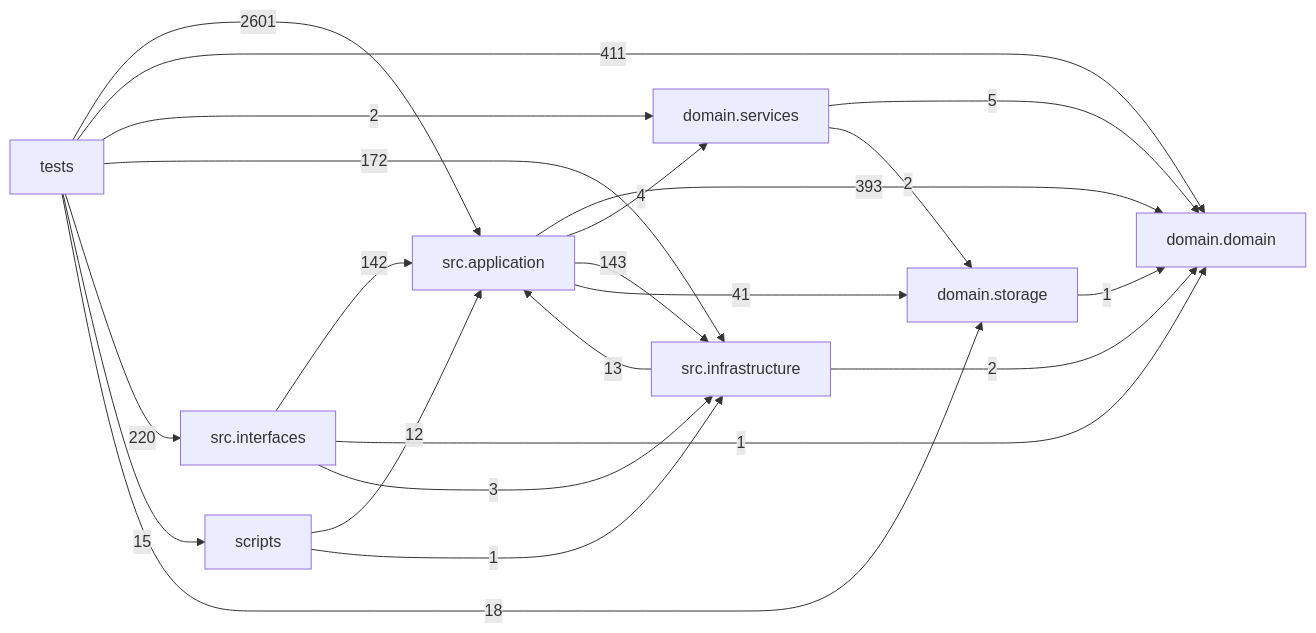
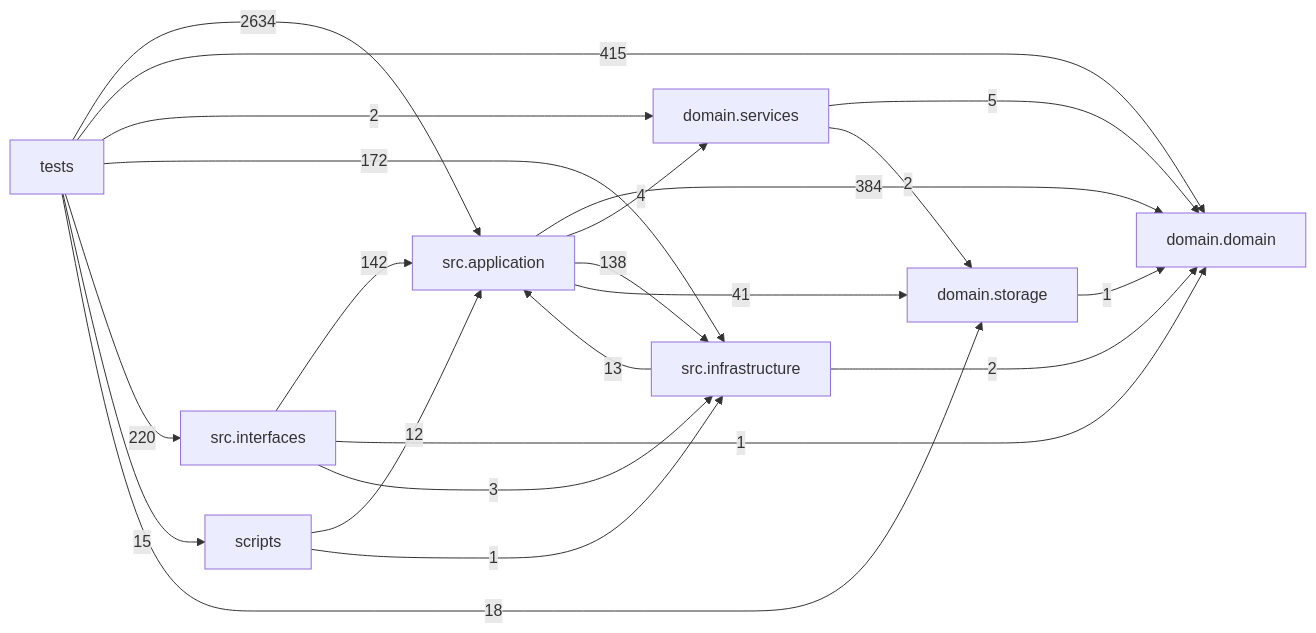
One commit to liuxie066/options-monitor changed the diagram in docs/DEPENDENCY_GRAPH.md. Above: the diagram before and after it, drawn with Mermaid. The commit also changed other lines of this file and 64 other files, not shown here.

````diff
--- a/docs/DEPENDENCY_GRAPH.md
+++ b/docs/DEPENDENCY_GRAPH.md
@@ -24,32 +24,32 @@
 ```mermaid
 flowchart LR
   tests["tests"]
   scripts["scripts"]
   interfaces["src.interfaces"]
   application["src.application"]
   infrastructure["src.infrastructure"]
   domain_services["domain.services"]
   domain["domain.domain"]
   storage["domain.storage"]
-  application -->|393| domain
+  application -->|384| domain
   application -->|4| domain_services
-  application -->|143| infrastructure
+  application -->|138| infrastructure
   application -->|41| storage
   domain_services -->|5| domain
   domain_services -->|2| storage
   infrastructure -->|13| application
   infrastructure -->|2| domain
   interfaces -->|142| application
   interfaces -->|1| domain
   interfaces -->|3| infrastructure
   scripts -->|12| application
   scripts -->|1| infrastructure
   storage -->|1| domain
-  tests -->|2601| application
-  tests -->|411| domain
+  tests -->|2634| application
+  tests -->|415| domain
   tests -->|2| domain_services
   tests -->|172| infrastructure
   tests -->|220| interfaces
   tests -->|15| scripts
   tests -->|18| storage
 ```
````
